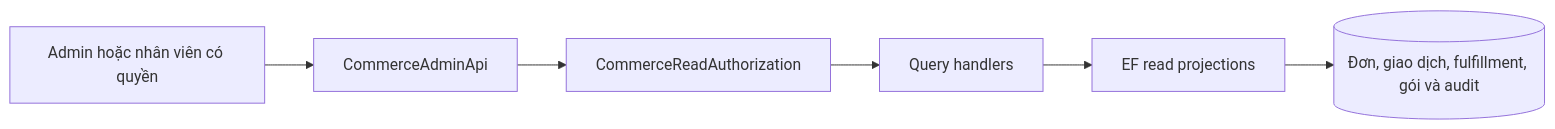
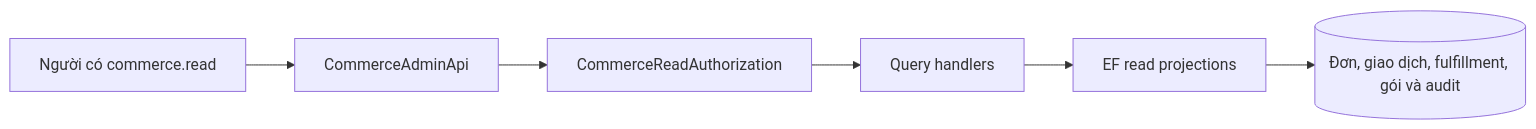
Before and after one commit to TaskCoper/bmt-documentation: the first of 5 diagrams in tdd/TDD-PAY-002.md, drawn with Mermaid. The commit also changed other lines of this file and 19 other files, not shown here.

````diff
--- a/tdd/TDD-PAY-002.md
+++ b/tdd/TDD-PAY-002.md
@@ -95,8 +95,8 @@
 ```mermaid
 flowchart LR
-    A[Admin hoặc nhân viên có quyền] --> API[CommerceAdminApi]
+    A[Người có commerce.read] --> API[CommerceAdminApi]
     API --> P[CommerceReadAuthorization]
     P --> H[Query handlers]
     H --> S[EF read projections]
     S --> DB[(Đơn, giao dịch, fulfillment, gói và audit)]
 ```
````
